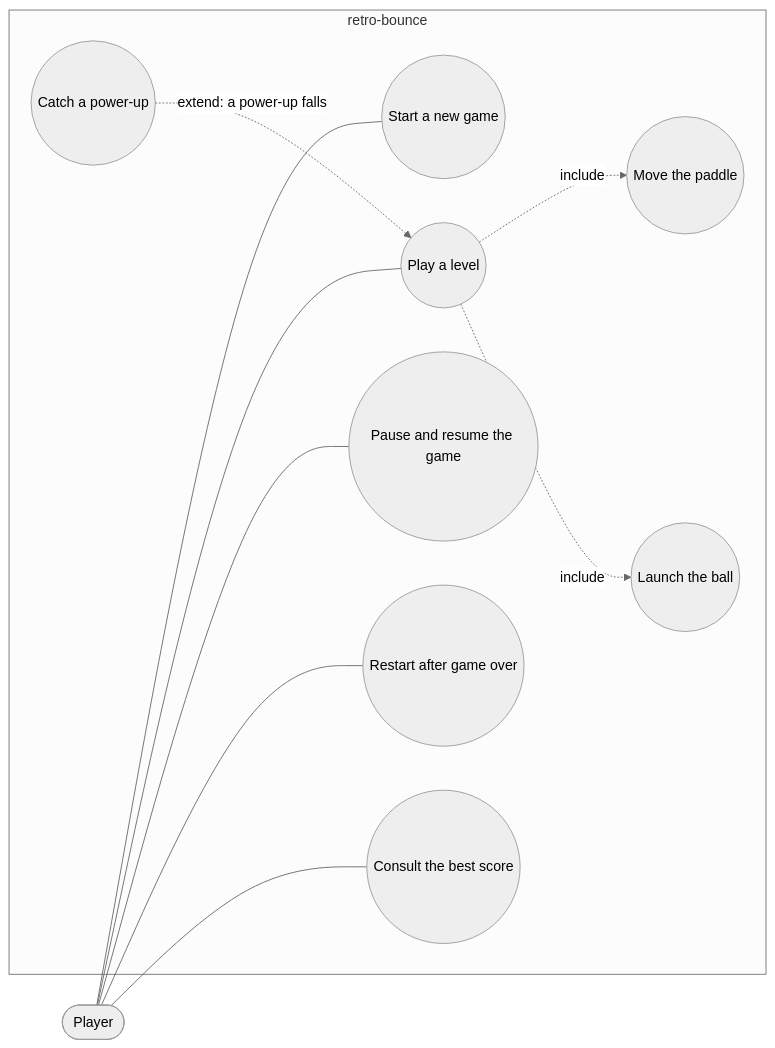
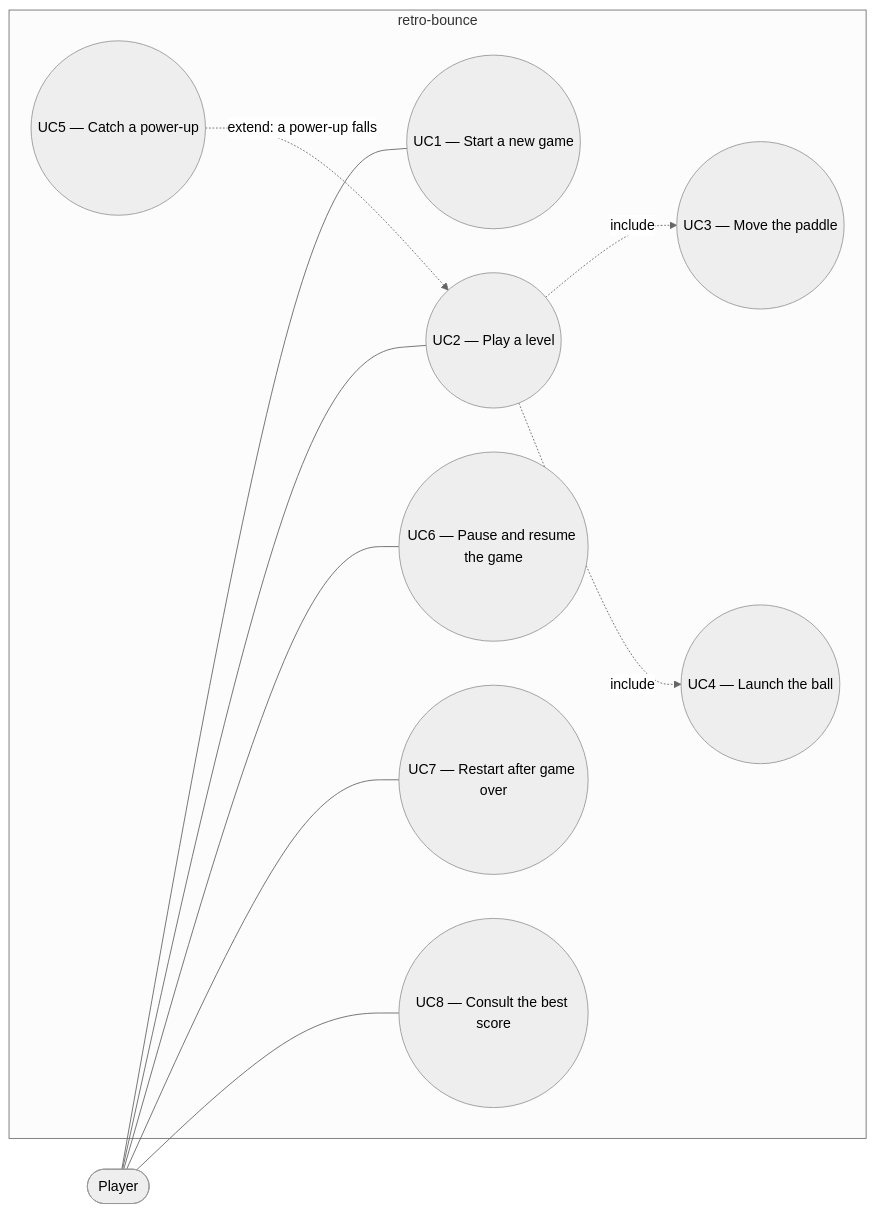
One commit to benoit-bremaud/retro-bounce changed the diagram in docs/architecture/diagrams/gameplay/01-use-case.md. Above: the diagram before and after it, drawn with Mermaid (neutral theme). The commit also changed other lines of this file and 4 other files, not shown here.

Commit message:
docs(gameplay): align UML diagrams after self-review

````diff
--- a/docs/architecture/diagrams/gameplay/01-use-case.md
+++ b/docs/architecture/diagrams/gameplay/01-use-case.md
@@ -12,22 +12,22 @@
 ```mermaid
 flowchart LR
   Player(["Player"])
   subgraph SYS["retro-bounce"]
-    UC1(("Start a new game"))
-    UC2(("Play a level"))
-    UC3(("Move the paddle"))
-    UC4(("Launch the ball"))
-    UC5(("Catch a power-up"))
-    UC6(("Pause and resume the game"))
-    UC7(("Restart after game over"))
-    UC8(("Consult the best score"))
+    UC1(("UC1 — Start a new game"))
+    UC2(("UC2 — Play a level"))
+    UC3(("UC3 — Move the paddle"))
+    UC4(("UC4 — Launch the ball"))
+    UC5(("UC5 — Catch a power-up"))
+    UC6(("UC6 — Pause and resume the game"))
+    UC7(("UC7 — Restart after game over"))
+    UC8(("UC8 — Consult the best score"))
   end
   Player --- UC1
   Player --- UC2
   Player --- UC6
   Player --- UC7
   Player --- UC8
   UC2 -.->|"include"| UC3
   UC2 -.->|"include"| UC4
   UC5 -.->|"extend: a power-up falls"| UC2
 ```
````
